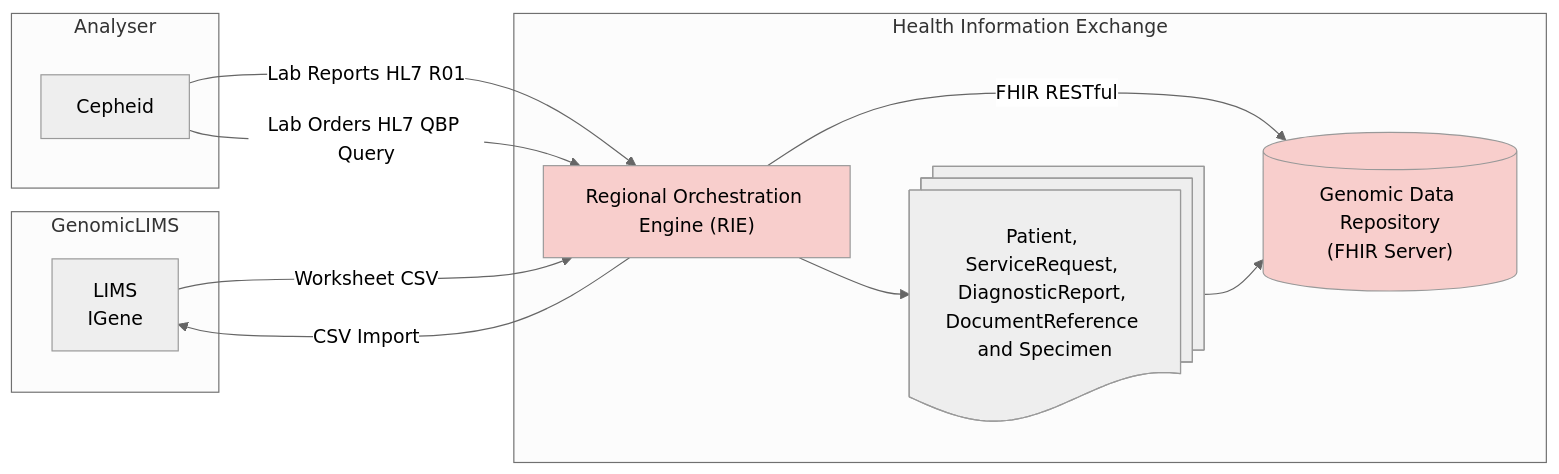
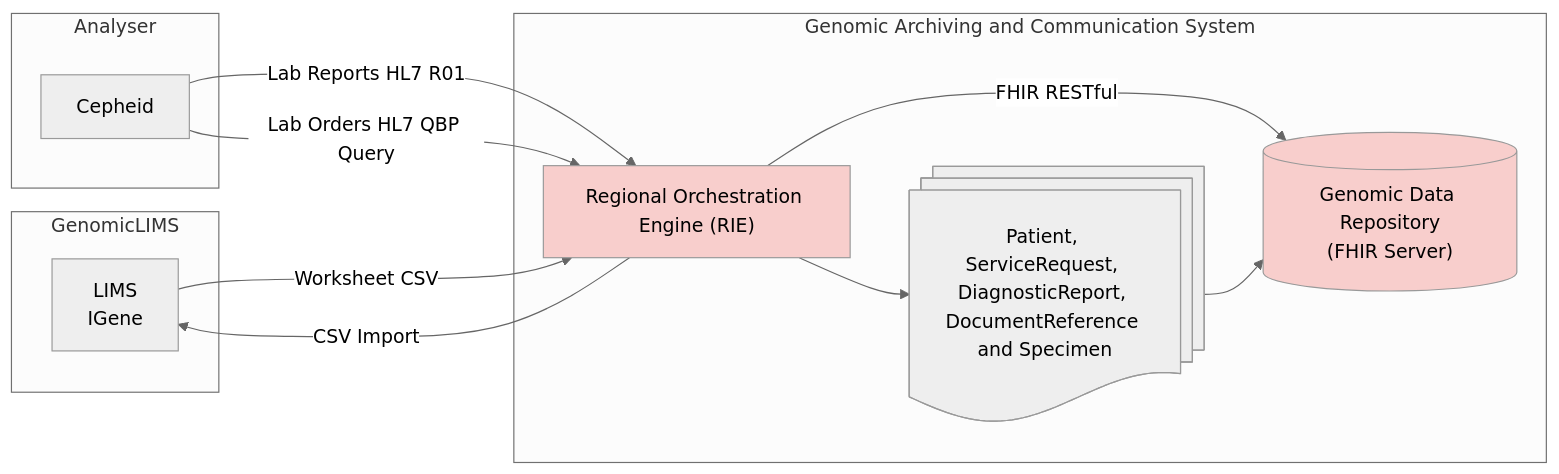
Before and after one commit to uk-gov-mirror/nw-gmsa.nw-gmsa.github.com: the diagram in Design/phase3-cepheid.mermaid, drawn with Mermaid (neutral theme). The commit also changed 24 other files, not shown here.

Commit message:
Added mermain diagrams from HIE Design

```diff
--- a/Design/phase3-cepheid.mermaid
+++ b/Design/phase3-cepheid.mermaid
@@ -1,40 +1,40 @@
 graph LR
 
 
 
 subgraph GenomicLIMS;
     iGene[LIMS<br/>IGene]
 end
 
 
 subgraph Analyser;
     Cepheid[Cepheid]
 end
 
 
 
 
-subgraph HIE[Health Information Exchange];
+subgraph HIE[Genomic Archiving and Communication System];
     RIE["Regional Orchestration Engine (RIE)"]
     GDR@{ shape: cyl, label: "Genomic Data Repository<br/>(FHIR Server)"}
     FHIRLIMS@{ shape: docs, label: "Patient, ServiceRequest, DiagnosticReport, DocumentReference and Specimen"}
 end
 
 
 Cepheid --> |Lab Reports HL7 R01| RIE
 Cepheid --> |Lab Orders HL7 QBP Query| RIE
 
 RIE --> |CSV Import| iGene
 iGene --> |Worksheet CSV| RIE
 RIE --> |FHIR RESTful| GDR
 
 
 RIE --> FHIRLIMS
 FHIRLIMS --> GDR
 
 
 classDef purple fill:#E1D5E7;
 classDef pink fill:#F8CECC;
 
 
 class GDR,RIE,VCFFHIR pink;
```
